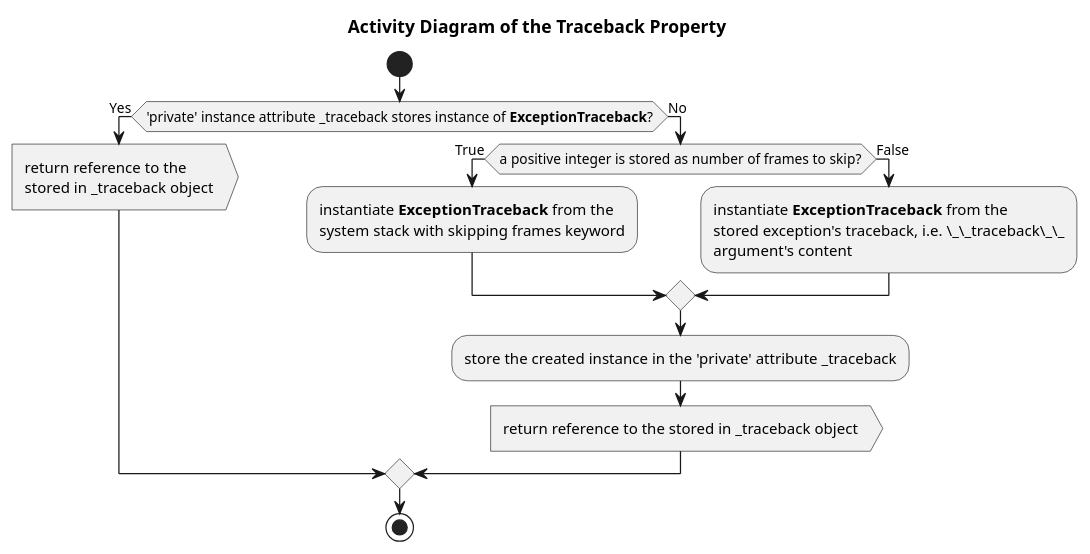
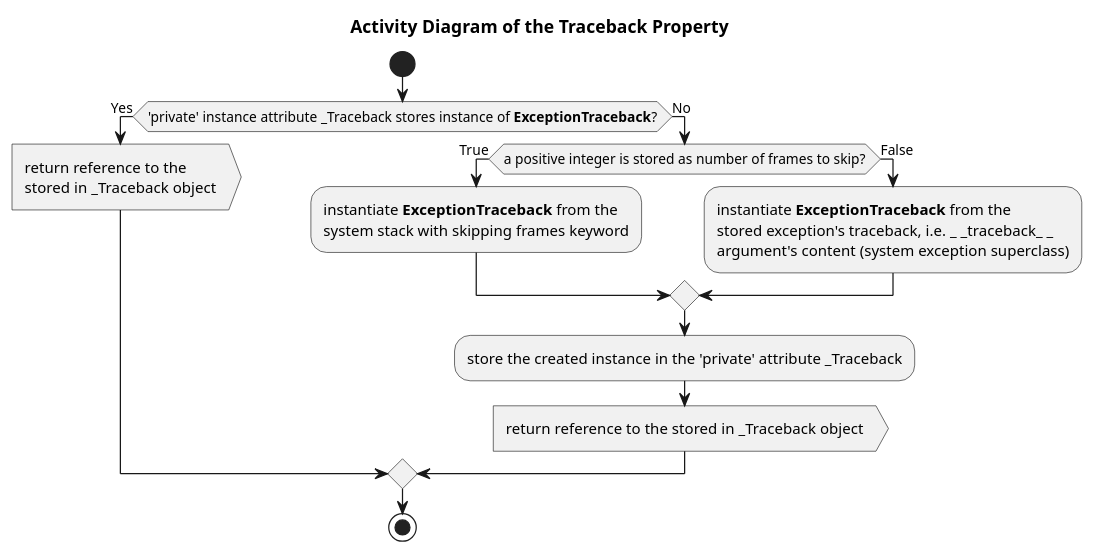
The diagram in Documentation/UML/base_exceptions/traceback_property.pu (FooBarShebang/introspection_lib), drawn with PlantUML before and after one commit. The commit also changed 16 other files, not shown here.

```diff
--- a/Documentation/UML/base_exceptions/traceback_property.pu
+++ b/Documentation/UML/base_exceptions/traceback_property.pu
@@ -1,23 +1,23 @@
 @startuml traceback_property
 
 title Activity Diagram of the Traceback Property
 
 start
 
-if ('private' instance attribute _traceback stores instance of <b>ExceptionTraceback</b>?) then (Yes)
-    :return reference to the\nstored in _traceback object>
+if ('private' instance attribute _Traceback stores instance of <b>ExceptionTraceback</b>?) then (Yes)
+    :return reference to the\nstored in _Traceback object>
 else (No)
     if (a positive integer is stored as number of frames to skip?) then (True)
         :instantiate <b>ExceptionTraceback</b> from the\nsystem stack with skipping frames keyword;
     else (False)
-        :instantiate <b>ExceptionTraceback</b> from the\nstored exception's traceback, i.e. \_\_traceback\_\_\nargument's content;
+        :instantiate <b>ExceptionTraceback</b> from the\nstored exception's traceback, i.e. _ _traceback_ _\nargument's content (system exception superclass);
     endif
 
-    :store the created instance in the 'private' attribute _traceback;
+    :store the created instance in the 'private' attribute _Traceback;
 
-    :return reference to the stored in _traceback object>
+    :return reference to the stored in _Traceback object>
 endif
 
 stop
 
 @enduml
```
